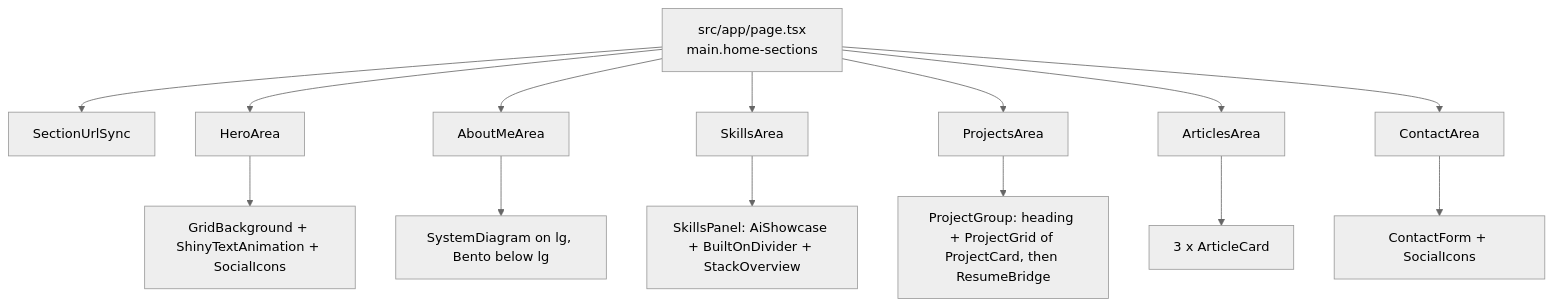
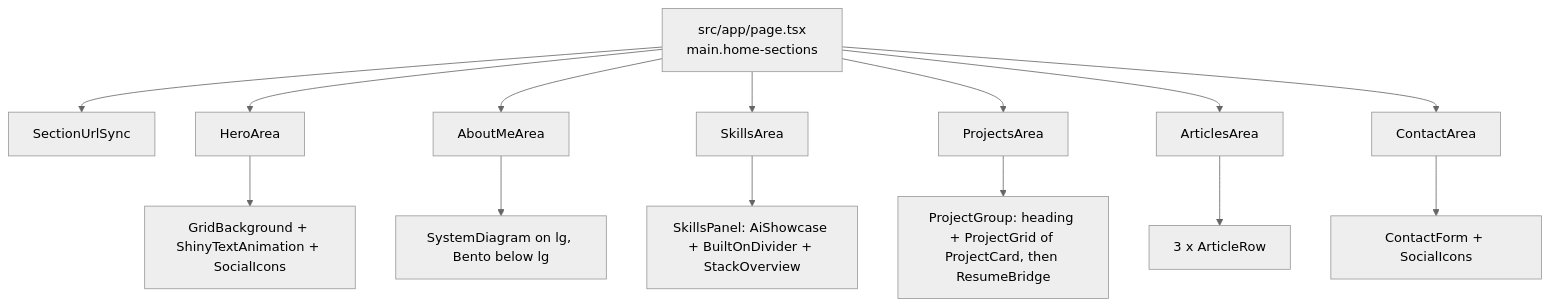
Before and after one commit to shibbirweb/shibbirweb.github.io: the diagram in docs/wiki/Home-Page.md, drawn with Mermaid (neutral theme). The commit also changed other lines of this file and 28 other files, not shown here.

````diff
--- a/docs/wiki/Home-Page.md
+++ b/docs/wiki/Home-Page.md
@@ -18,16 +18,16 @@
 ```mermaid
 flowchart TD
     P[src/app/page.tsx<br/>main.home-sections] --> S0[SectionUrlSync]
     P --> H[HeroArea]
     P --> A[AboutMeArea]
     P --> SK[SkillsArea]
     P --> PR[ProjectsArea]
     P --> AR[ArticlesArea]
     P --> C[ContactArea]
     H --> H1[GridBackground + ShinyTextAnimation + SocialIcons]
     A --> A1[SystemDiagram on lg, Bento below lg]
     SK --> SK1[SkillsPanel: AiShowcase + BuiltOnDivider + StackOverview]
     PR --> PR1[ProjectGroup: heading + ProjectGrid of ProjectCard, then ResumeBridge]
-    AR --> AR1[3 x ArticleCard]
+    AR --> AR1[3 x ArticleRow]
     C --> C1[ContactForm + SocialIcons]
 ```
````
